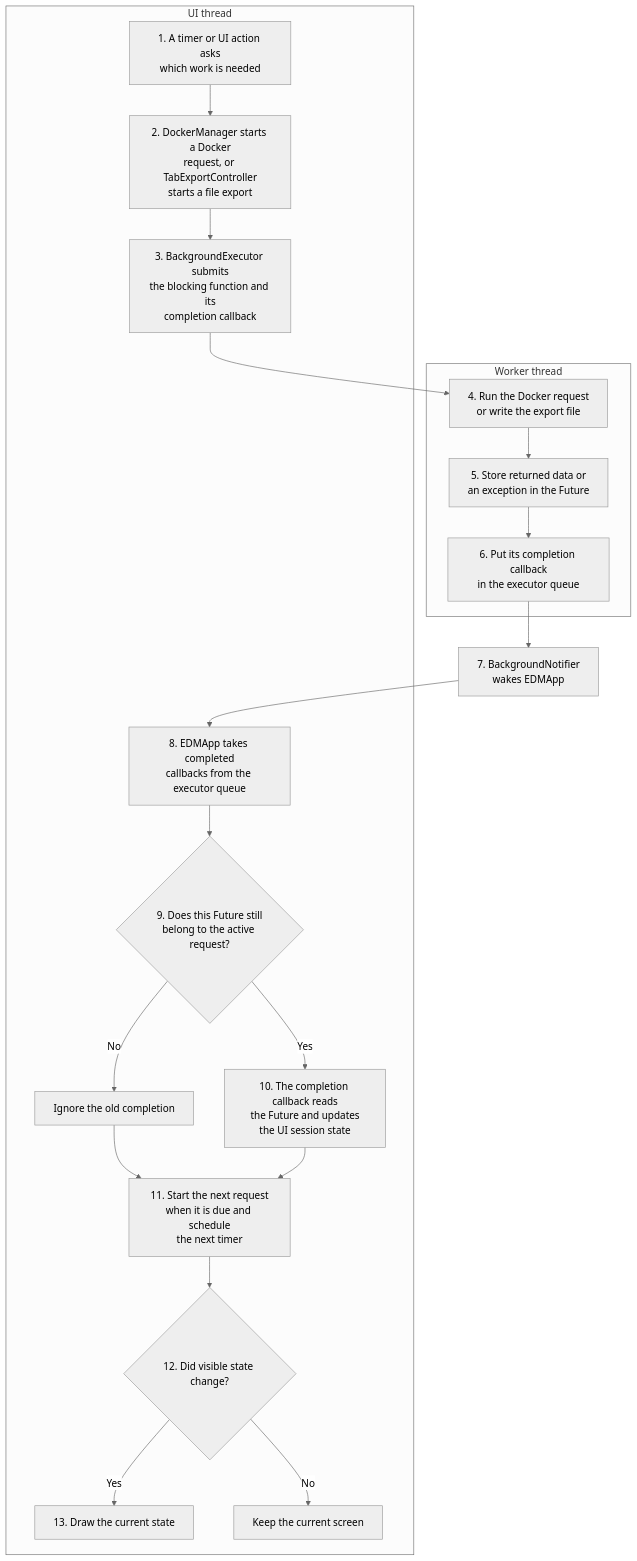
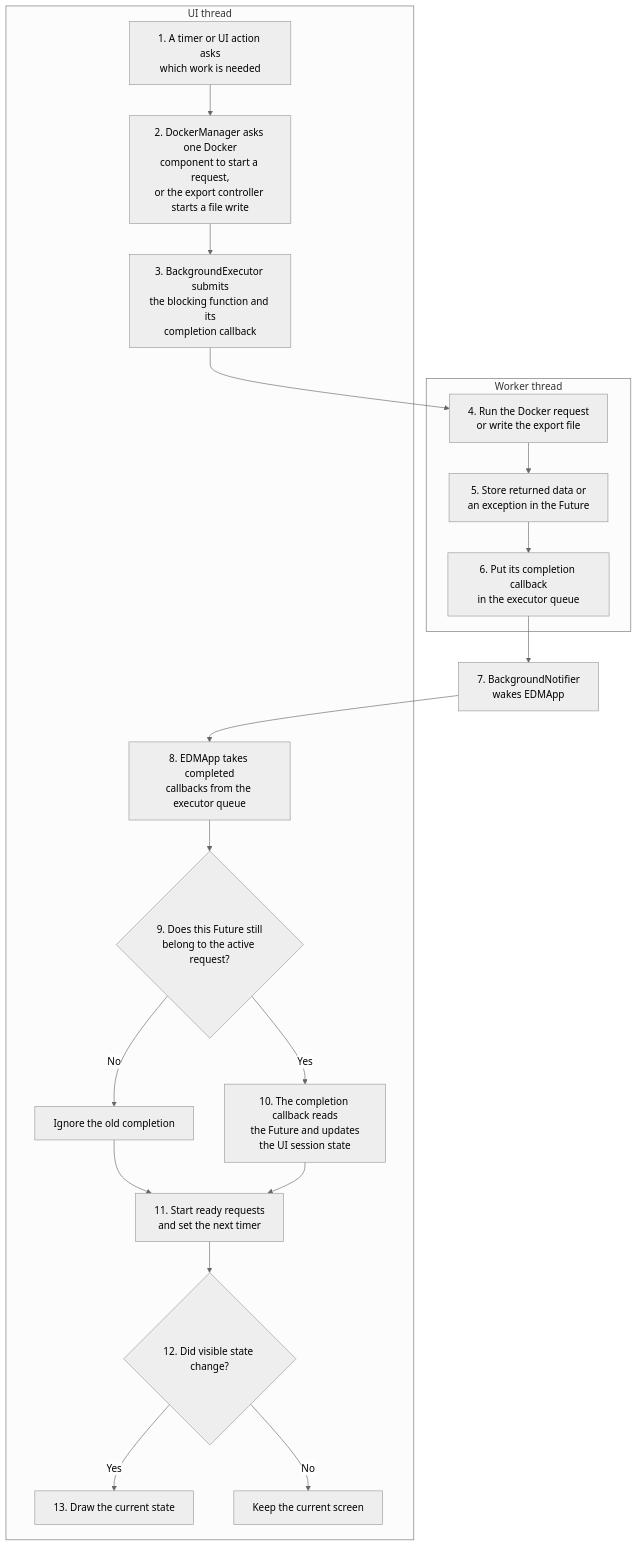
Before and after one commit to arabnejad/edm: the fourth of 5 diagrams in DEVELOPMENT_GUIDE.md, drawn with Mermaid (neutral theme). The commit also changed other lines of this file and 68 other files, not shown here.

First line of the commit message:
Simplify application architecture v2 (#47)

````diff
--- a/DEVELOPMENT_GUIDE.md
+++ b/DEVELOPMENT_GUIDE.md
@@ -319,33 +344,33 @@
 ```mermaid
 flowchart TD
     subgraph UI[UI thread]
         Check[1. A timer or UI action asks<br/>which work is needed]
-        Choose[2. DockerManager starts a Docker<br/>request, or TabExportController<br/>starts a file export]
+        Choose[2. DockerManager asks one Docker<br/>component to start a request,<br/>or the export controller starts a file write]
         Submit[3. BackgroundExecutor submits<br/>the blocking function and its<br/>completion callback]
         Receive[8. EDMApp takes completed<br/>callbacks from the executor queue]
         Current{9. Does this Future still<br/>belong to the active request?}
         Discard[Ignore the old completion]
         Apply[10. The completion callback reads<br/>the Future and updates<br/>the UI session state]
-        Schedule[11. Start the next request<br/>when it is due and schedule<br/>the next timer]
+        Schedule[11. Start ready requests<br/>and set the next timer]
         Changed{12. Did visible state change?}
         Draw[13. Draw the current state]
         Keep[Keep the current screen]
     end
 
     subgraph Worker[Worker thread]
         Request[4. Run the Docker request<br/>or write the export file]
         Finish[5. Store returned data or<br/>an exception in the Future]
         Queue[6. Put its completion callback<br/>in the executor queue]
     end
 
     Notify[7. BackgroundNotifier<br/>wakes EDMApp]
 
     Check --> Choose --> Submit --> Request
     Request --> Finish --> Queue --> Notify --> Receive
     Receive --> Current
     Current -- No --> Discard --> Schedule
     Current -- Yes --> Apply --> Schedule
     Schedule --> Changed
     Changed -- Yes --> Draw
     Changed -- No --> Keep
 ```
````
